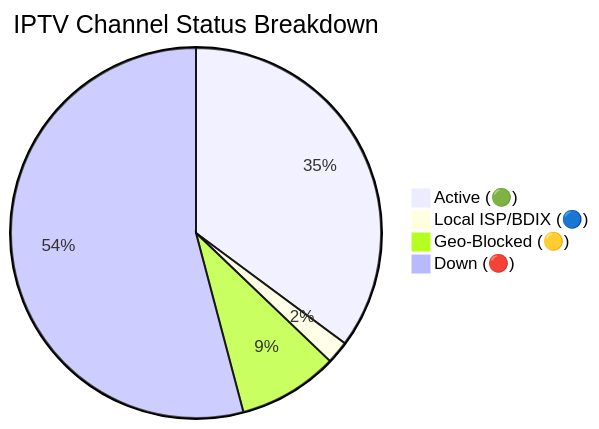
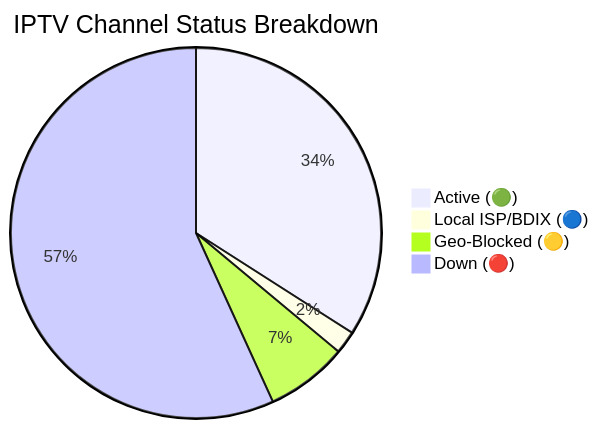
One commit to andreataylord/Ip-tv-Collection changed the diagram in README.md. Above: the diagram before and after it, drawn with Mermaid. The commit also changed other lines of this file and 1 other file, not shown here.

Commit message:
docs(readme): auto-update daily channel status chart

````diff
--- a/README.md
+++ b/README.md
@@ -59,7 +59,7 @@
 ```mermaid
 pie title IPTV Channel Status Breakdown
-    "Active (🟢)" : 2249
+    "Active (🟢)" : 2179
     "Local ISP/BDIX (🔵)" : 128
-    "Geo-Blocked (🟡)" : 559
-    "Down (🔴)" : 3463
+    "Geo-Blocked (🟡)" : 457
+    "Down (🔴)" : 3635
 ```
````
